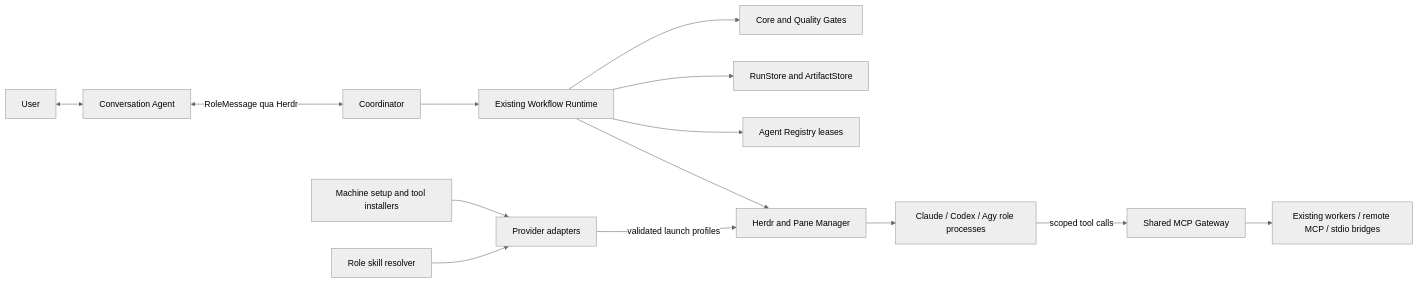
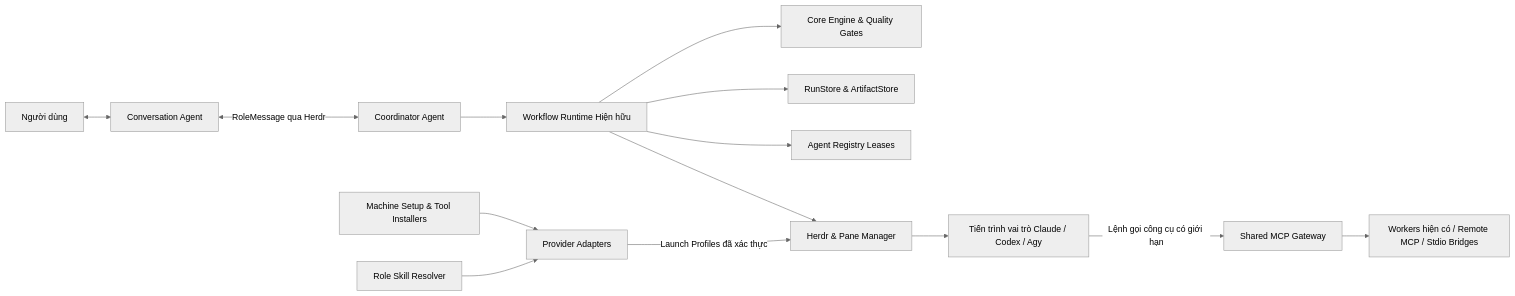
One commit to qxbao/bflow changed the diagram in docs/runtime-architecture-v3.md. Above: the diagram before and after it, drawn with Mermaid (neutral theme). The commit also changed other lines of this file and 21 other files, not shown here.

````diff
--- a/docs/runtime-architecture-v3.md
+++ b/docs/runtime-architecture-v3.md
@@ -83,16 +62,16 @@
 ```mermaid
 flowchart LR
-  User[User] <--> Chat[Conversation Agent]
-  Chat <-->|RoleMessage qua Herdr| Coordinator[Coordinator]
-  Coordinator --> Runtime[Existing Workflow Runtime]
-  Runtime --> Core[Core and Quality Gates]
-  Runtime --> Stores[RunStore and ArtifactStore]
-  Runtime --> Registry[Agent Registry leases]
-  Runtime --> Herdr[Herdr and Pane Manager]
-  Herdr --> Roles[Claude / Codex / Agy role processes]
-  Providers[Provider adapters] -->|validated launch profiles| Herdr
-  Setup[Machine setup and tool installers] --> Providers
-  Skills[Role skill resolver] --> Providers
-  Roles -->|scoped tool calls| Gateway[Shared MCP Gateway]
-  Gateway --> Services[Existing workers / remote MCP / stdio bridges]
+  User[Người dùng] <--> Chat[Conversation Agent]
+  Chat <-->|RoleMessage qua Herdr| Coordinator[Coordinator Agent]
+  Coordinator --> Runtime[Workflow Runtime Hiện hữu]
+  Runtime --> Core[Core Engine & Quality Gates]
+  Runtime --> Stores[RunStore & ArtifactStore]
+  Runtime --> Registry[Agent Registry Leases]
+  Runtime --> Herdr[Herdr & Pane Manager]
+  Herdr --> Roles[Tiến trình vai trò Claude / Codex / Agy]
+  Providers[Provider Adapters] -->|Launch Profiles đã xác thực| Herdr
+  Setup[Machine Setup & Tool Installers] --> Providers
+  Skills[Role Skill Resolver] --> Providers
+  Roles -->|Lệnh gọi công cụ có giới hạn| Gateway[Shared MCP Gateway]
+  Gateway --> Services[Workers hiện có / Remote MCP / Stdio Bridges]
 ```
````
